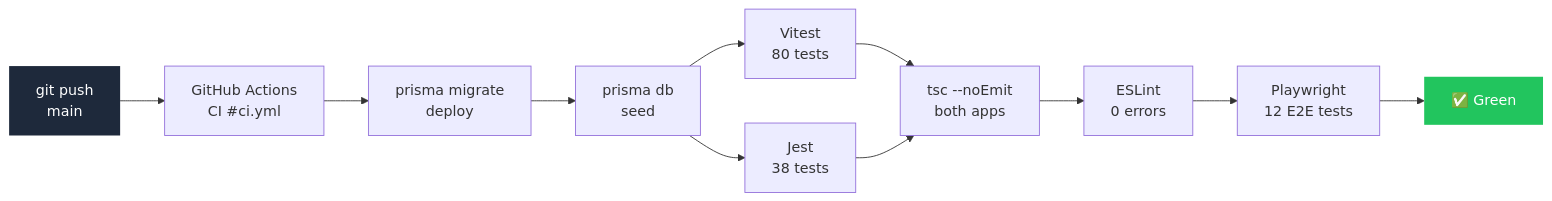
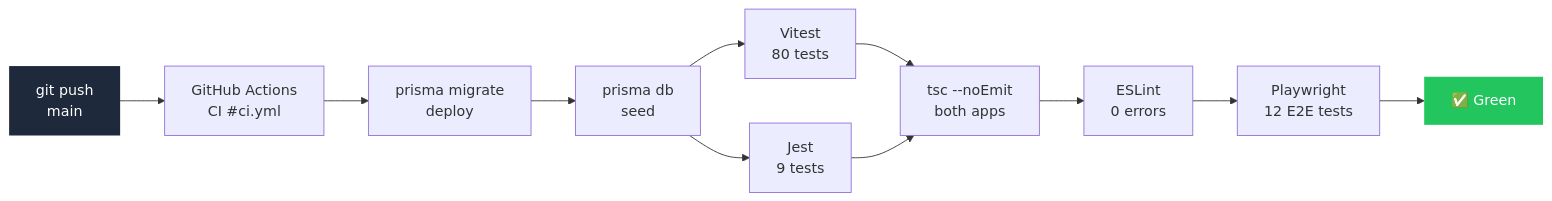
The sixth of 7 diagrams in README.md (harshiniramasamy5-star/rapid-ledger), drawn with Mermaid before and after one commit. The commit also changed other lines of this file, not shown here.

Commit message:
docs: complete README rewrite — Mermaid diagrams, full integration docs, RBAC table

````diff
--- a/README.md
+++ b/README.md
@@ -577,16 +569,16 @@
 ```mermaid
 graph LR
     PUSH["git push\nmain"] --> CI["GitHub Actions\nCI #ci.yml"]
     CI --> MIGRATE["prisma migrate\ndeploy"]
     MIGRATE --> SEED["prisma db\nseed"]
     SEED --> VITEST["Vitest\n80 tests"]
-    SEED --> JEST["Jest\n38 tests"]
+    SEED --> JEST["Jest\n9 tests"]
     VITEST --> TSC["tsc --noEmit\nboth apps"]
     JEST --> TSC
     TSC --> LINT["ESLint\n0 errors"]
     LINT --> E2E["Playwright\n12 E2E tests"]
     E2E --> DONE["✅ Green"]
 
     style DONE fill:#22c55e,color:#fff,stroke:none
     style PUSH fill:#1e293b,color:#fff,stroke:none
 ```
````
